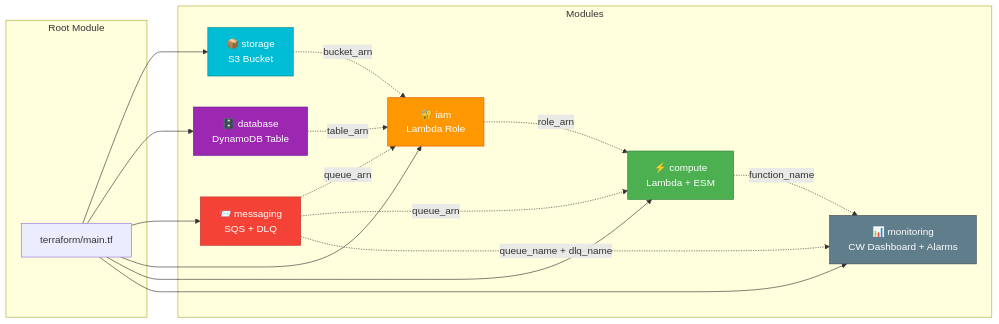
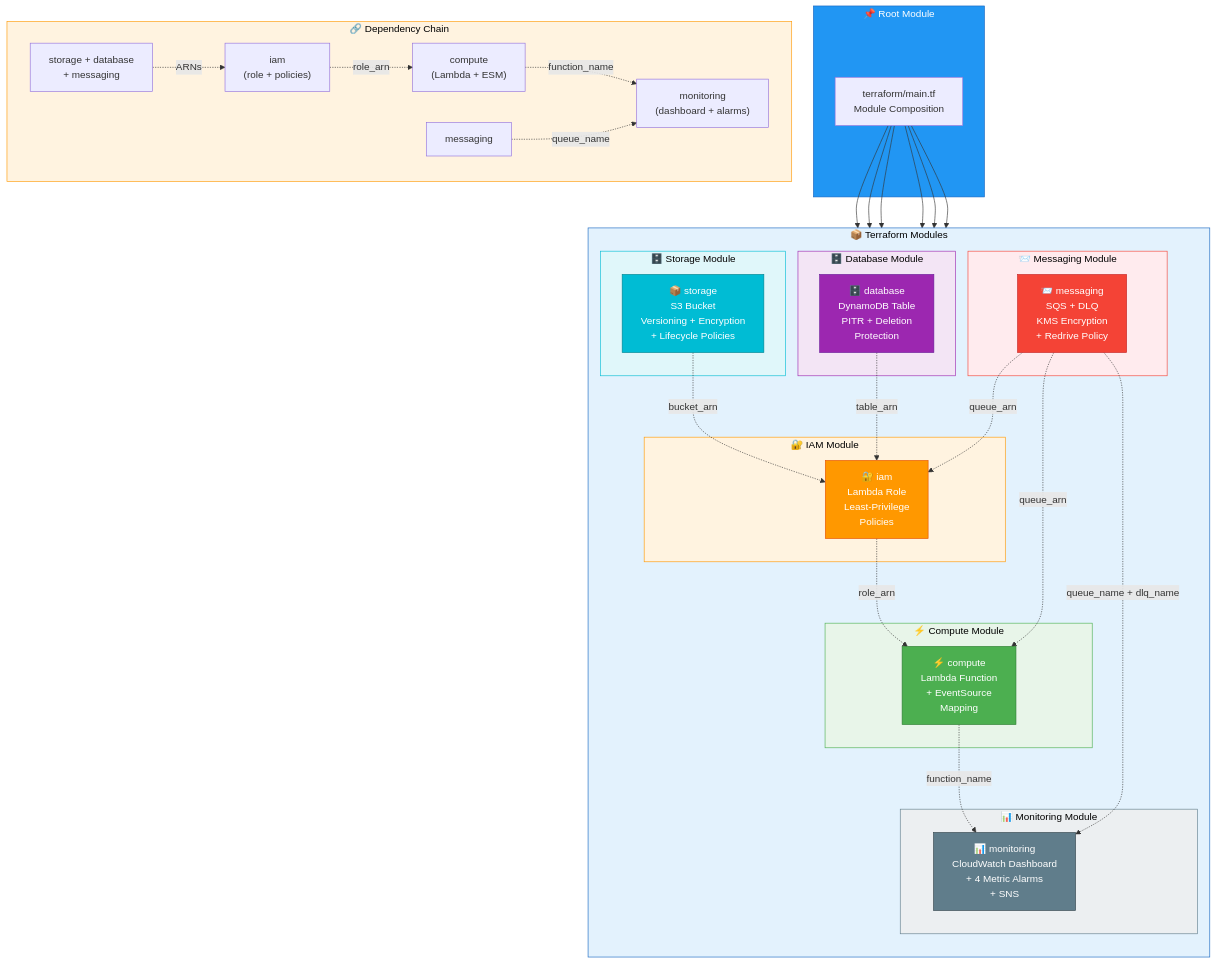
One commit to sergio11/aws_serverless_pipeline_poc changed the third of 6 diagrams in README.md. Above: the diagram before and after it, drawn with Mermaid. The commit also changed other lines of this file, not shown here.

````diff
--- a/README.md
+++ b/README.md
@@ -287,37 +410,73 @@
 ```mermaid
-graph LR
-    subgraph "Root Module"
-        ROOT[terraform/main.tf]
+graph TB
+    subgraph ROOT["📌 Root Module"]
+        MAIN["terraform/main.tf<br/>Module Composition"]
     end
 
-    subgraph "Modules"
-        STORAGE[📦 storage<br/>S3 Bucket]
-        DATABASE[🗄️ database<br/>DynamoDB Table]
-        MESSAGING[📨 messaging<br/>SQS + DLQ]
-        IAM[🔐 iam<br/>Lambda Role]
-        COMPUTE[⚡ compute<br/>Lambda + ESM]
-        MONITORING[📊 monitoring<br/>CW Dashboard + Alarms]
+    subgraph MODULOS["📦 Terraform Modules"]
+        direction TB
+
+        subgraph STORAGE_MOD["🗄️ Storage Module"]
+            S3_MOD["📦 storage<br/>S3 Bucket<br/>Versioning + Encryption<br/>+ Lifecycle Policies"]
+        end
+
+        subgraph DATABASE_MOD["🗄️ Database Module"]
+            DDB_MOD["🗄️ database<br/>DynamoDB Table<br/>PITR + Deletion<br/>Protection"]
+        end
+
+        subgraph MESSAGING_MOD["📨 Messaging Module"]
+            SQS_MOD["📨 messaging<br/>SQS + DLQ<br/>KMS Encryption<br/>+ Redrive Policy"]
+        end
+
+        subgraph IAM_MOD["🔐 IAM Module"]
+            IAM_MOD_F["🔐 iam<br/>Lambda Role<br/>Least-Privilege<br/>Policies"]
+        end
+
+        subgraph COMPUTE_MOD["⚡ Compute Module"]
+            LAMBDA_MOD["⚡ compute<br/>Lambda Function<br/>+ EventSource<br/>Mapping"]
+        end
+
+        subgraph MONITORING_MOD["📊 Monitoring Module"]
+            CW_MOD["📊 monitoring<br/>CloudWatch Dashboard<br/>+ 4 Metric Alarms<br/>+ SNS"]
+        end
     end
 
-    ROOT --> STORAGE
-    ROOT --> DATABASE
-    ROOT --> MESSAGING
-    ROOT --> IAM
-    ROOT --> COMPUTE
-    ROOT --> MONITORING
+    MAIN --> S3_MOD
+    MAIN --> DDB_MOD
+    MAIN --> SQS_MOD
+    MAIN --> IAM_MOD_F
+    MAIN --> LAMBDA_MOD
+    MAIN --> CW_MOD
 
-    STORAGE -.->|bucket_arn| IAM
-    DATABASE -.->|table_arn| IAM
-    MESSAGING -.->|queue_arn| IAM
-    MESSAGING -.->|queue_arn| COMPUTE
-    IAM -.->|role_arn| COMPUTE
-    MESSAGING -.->|queue_name + dlq_name| MONITORING
-    COMPUTE -.->|function_name| MONITORING
+    S3_MOD -.->|"bucket_arn"| IAM_MOD_F
+    DDB_MOD -.->|"table_arn"| IAM_MOD_F
+    SQS_MOD -.->|"queue_arn"| IAM_MOD_F
+    SQS_MOD -.->|"queue_arn"| LAMBDA_MOD
+    IAM_MOD_F -.->|"role_arn"| LAMBDA_MOD
+    SQS_MOD -.->|"queue_name + dlq_name"| CW_MOD
+    LAMBDA_MOD -.->|"function_name"| CW_MOD
 
-    style STORAGE fill:#00BCD4,color:#fff,stroke:#00838F
-    style DATABASE fill:#9C27B0,color:#fff,stroke:#6A1B9A
-    style MESSAGING fill:#F44336,color:#fff,stroke:#C62828
-    style IAM fill:#FF9800,color:#fff,stroke:#E65100
-    style COMPUTE fill:#4CAF50,color:#fff,stroke:#2E7D32
-    style MONITORING fill:#607D8B,color:#fff,stroke:#37474F
+    subgraph DEPENDENCY_CHAIN["🔗 Dependency Chain"]
+        direction LR
+        D1["storage + database<br/>+ messaging"] -.->|"ARNs"| D2["iam<br/>(role + policies)"]
+        D2 -.->|"role_arn"| D3["compute<br/>(Lambda + ESM)"]
+        D3 -.->|"function_name"| D4["monitoring<br/>(dashboard + alarms)"]
+        D5["messaging"] -.->|"queue_name"| D4
+    end
+
+    style ROOT fill:#2196F3,color:#fff,stroke:#1565C0
+    style MODULOS fill:#E3F2FD,color:#000,stroke:#1565C0
+    style DEPENDENCY_CHAIN fill:#FFF3E0,color:#000,stroke:#FF9800
+    style S3_MOD fill:#00BCD4,color:#fff,stroke:#00838F
+    style DDB_MOD fill:#9C27B0,color:#fff,stroke:#6A1B9A
+    style SQS_MOD fill:#F44336,color:#fff,stroke:#C62828
+    style IAM_MOD_F fill:#FF9800,color:#fff,stroke:#E65100
+    style LAMBDA_MOD fill:#4CAF50,color:#fff,stroke:#2E7D32
+    style CW_MOD fill:#607D8B,color:#fff,stroke:#37474F
+    style STORAGE_MOD fill:#E0F7FA,color:#000,stroke:#00BCD4
+    style DATABASE_MOD fill:#F3E5F5,color:#000,stroke:#9C27B0
+    style MESSAGING_MOD fill:#FFEBEE,color:#000,stroke:#F44336
+    style IAM_MOD fill:#FFF3E0,color:#000,stroke:#FF9800
+    style COMPUTE_MOD fill:#E8F5E9,color:#000,stroke:#4CAF50
+    style MONITORING_MOD fill:#ECEFF1,color:#000,stroke:#607D8B
 ```
````
